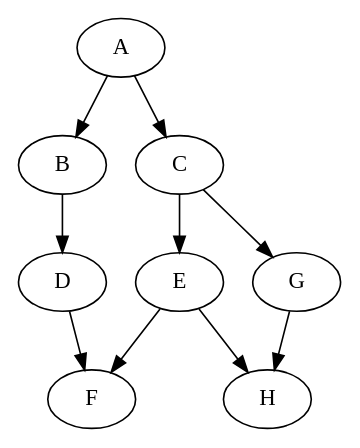
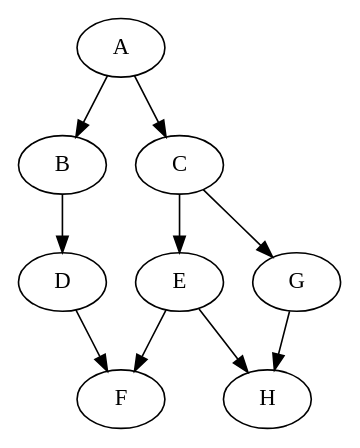
One commit to artiste-qb-net/quantum-fog changed the diagram in examples_cbnets/dot_test2.dot. Above: the diagram before and after it, drawn with Graphviz. The commit also changed other lines of this file and 15 other files, not shown here.

```diff
--- a/examples_cbnets/dot_test2.dot
+++ b/examples_cbnets/dot_test2.dot
@@ -1,19 +1,19 @@
 strict digraph G {
+G;
+D;
+F;
 E;
-D;
 B;
+A;
 C;
-A;
-G;
-F;
 H;
+G -> H;
+D -> F;
 E -> F;
 E -> H;
-D -> F;
 B -> D;
-C -> E;
-C -> G;
 A -> B;
 A -> C;
-G -> H;
+C -> G;
+C -> E;
 }
```
